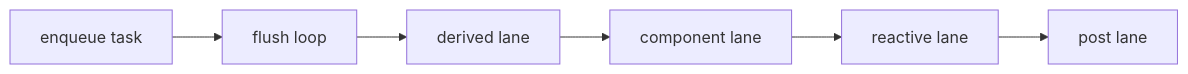
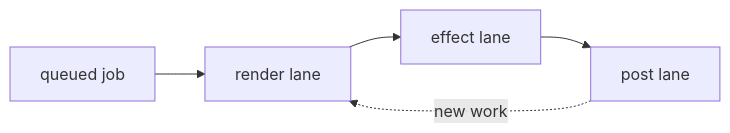
Before and after one commit to askrjs/askr: the second of 4 diagrams in docs/internals/runtime-reactivity.md, drawn with Mermaid. The commit also changed other lines of this file and 638 other files, not shown here.

````diff
--- a/docs/internals/runtime-reactivity.md
+++ b/docs/internals/runtime-reactivity.md
@@ -149,15 +118,10 @@
 ```mermaid
 flowchart LR
-  enqueue[enqueue task]
-  derived[derived lane]
-  component[component lane]
-  reactive[reactive lane]
+  queue[queued job]
+  render[render lane]
+  effect[effect lane]
   post[post lane]
-  flush[flush loop]
 
-  enqueue --> flush
-  flush --> derived
-  derived --> component
-  component --> reactive
-  reactive --> post
+  queue --> render --> effect --> post
+  post -. new work .-> render
 ```
````
